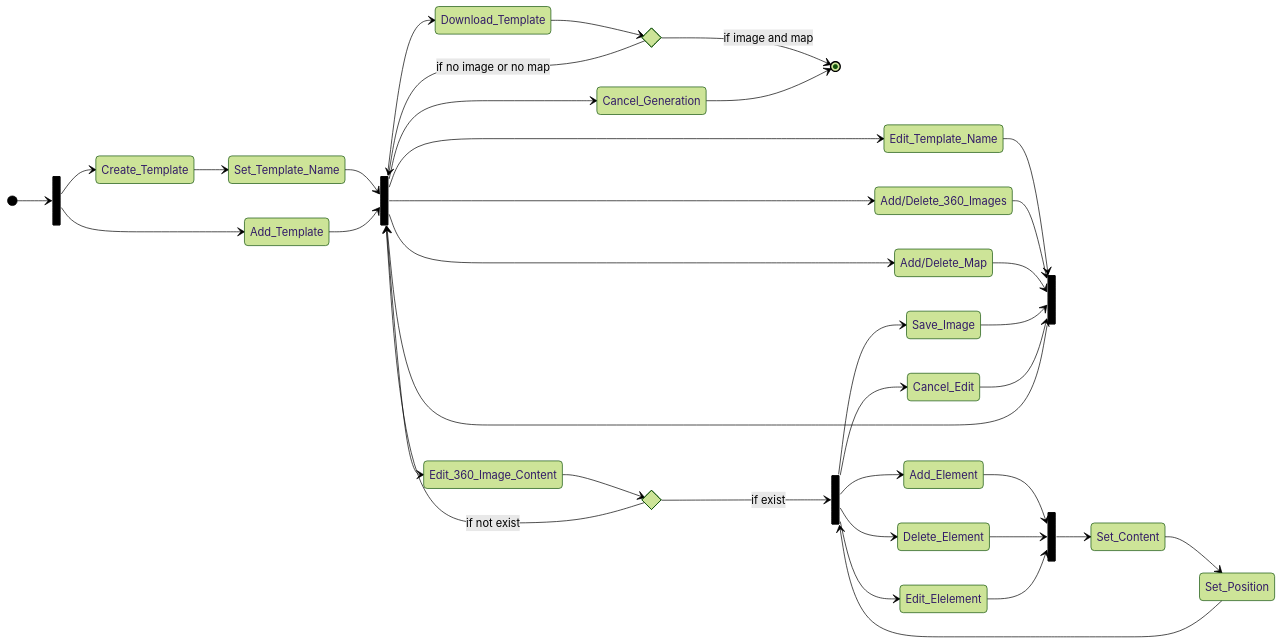
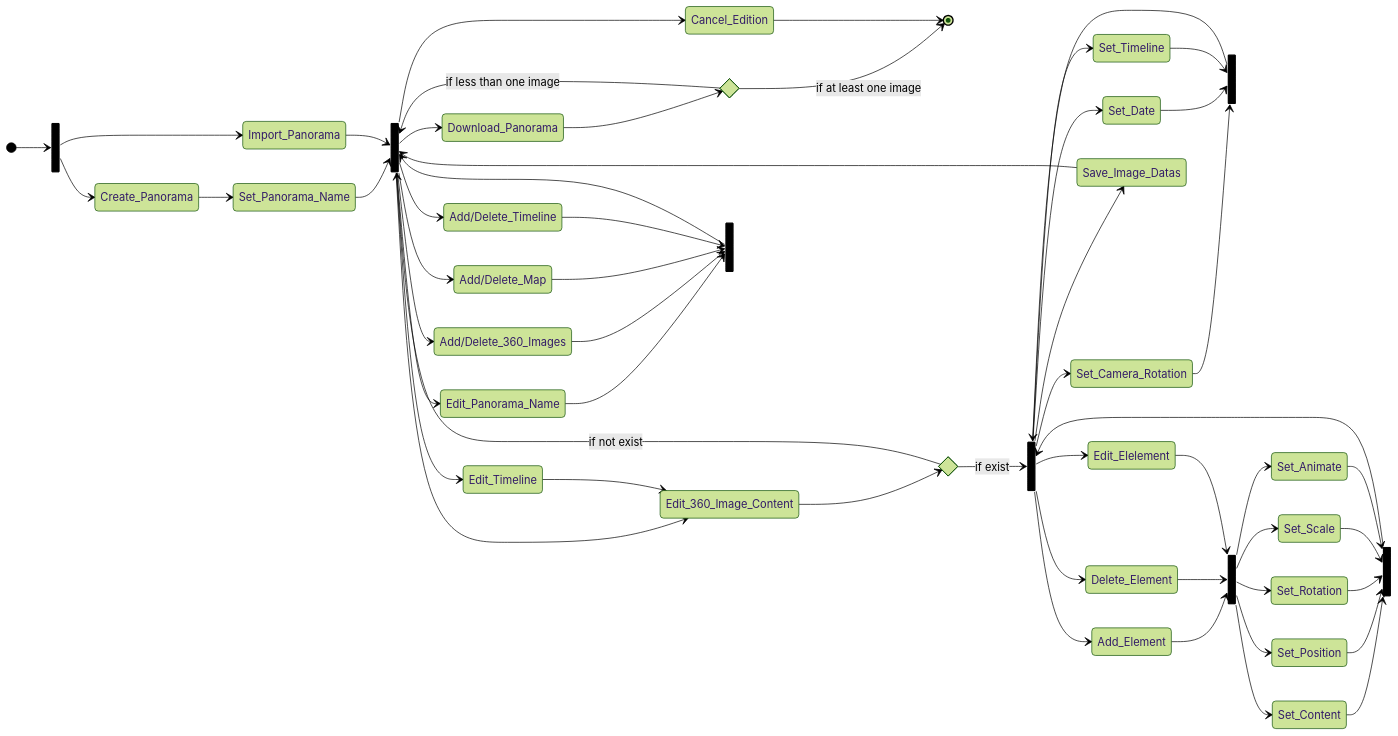
The diagram in Documentation/Diagrams/state-diagram.md (axdelafuen/archivr), drawn with Mermaid (forest theme) before and after one commit.

Commit message:
:memo: update state diagram

````diff
--- a/Documentation/Diagrams/state-diagram.md
+++ b/Documentation/Diagrams/state-diagram.md
@@ -6,36 +6,42 @@
 
 state generate_project <<fork>>
     [*] --> generate_project
-    generate_project --> Create_Template
-    generate_project --> Add_Template
-    Create_Template --> Set_Template_Name
+    generate_project --> Create_Panorama
+    generate_project --> Import_Panorama
+    Create_Panorama --> Set_Panorama_Name
     
 state join_generate_project <<join>>
     
-    Set_Template_Name --> join_generate_project
-    Add_Template --> join_generate_project
+    Set_Panorama_Name --> join_generate_project
+    Import_Panorama --> join_generate_project
 
 state join_generate_project <<fork>>  
-    join_generate_project --> Edit_Template_Name
+    join_generate_project --> Edit_Panorama_Name
     join_generate_project --> Add/Delete_360_Images
     join_generate_project --> Add/Delete_Map
     join_generate_project --> Edit_360_Image_Content
+    join_generate_project --> Add/Delete_Timeline
 
-    join_generate_project --> Download_Template
+    join_generate_project --> Edit_Timeline
+    Edit_Timeline --> Edit_360_Image_Content
+
+    join_generate_project --> Download_Panorama
     state if_download <<choice>>
-        Download_Template --> if_download
-        if_download --> [*] : if image and map
-        if_download --> join_generate_project : if no image or no map
+        Download_Panorama --> if_download
+        if_download --> [*] : if at least one image
+        if_download --> join_generate_project : if less than one image
 
-    join_generate_project --> Cancel_Generation
-    Cancel_Generation --> [*]
+    join_generate_project --> Cancel_Edition
+    Cancel_Edition --> [*]
 
 
 state images_edition <<join>>  
     images_edition --> join_generate_project
-    Edit_Template_Name --> images_edition
+    Edit_Panorama_Name --> images_edition
     Add/Delete_360_Images --> images_edition
     Add/Delete_Map --> images_edition
+    Add/Delete_Timeline --> images_edition
+
 
 
 state if_editable <<choice>>
@@ -46,14 +52,24 @@
     
     if_editable --> image_edition : if exist
 
-    image_edition --> Save_Image
-    Save_Image --> images_edition
-    image_edition --> Cancel_Edit
-    Cancel_Edit --> images_edition
-
     image_edition --> Add_Element
     image_edition --> Delete_Element
     image_edition --> Edit_Elelement
+
+    state end_image_edition <<join>>
+
+    image_edition --> Save_Image_Datas
+    image_edition --> Set_Camera_Rotation
+    image_edition --> Set_Date
+    image_edition --> Set_Timeline
+
+    Save_Image_Datas --> join_generate_project
+
+    Set_Camera_Rotation --> end_image_edition
+    Set_Date --> end_image_edition
+    Set_Timeline --> end_image_edition
+
+    end_image_edition --> image_edition
 
     state element_edition <<join>>
 
@@ -61,8 +77,22 @@
     Delete_Element --> element_edition
     Edit_Elelement --> element_edition
 
+    state end_element_edition <<join>>
+
     element_edition --> Set_Content
-    Set_Content --> Set_Position
-    Set_Position --> image_edition
+    Set_Content --> end_element_edition 
+    element_edition --> Set_Position
+    Set_Position --> end_element_edition
+    element_edition --> Set_Rotation
+    Set_Rotation --> end_element_edition
+    element_edition --> Set_Scale 
+    Set_Scale --> end_element_edition
+    element_edition --> Set_Animate
+    Set_Animate --> end_element_edition
+
+    end_element_edition --> image_edition
+
+    
+
 
 ```
````
